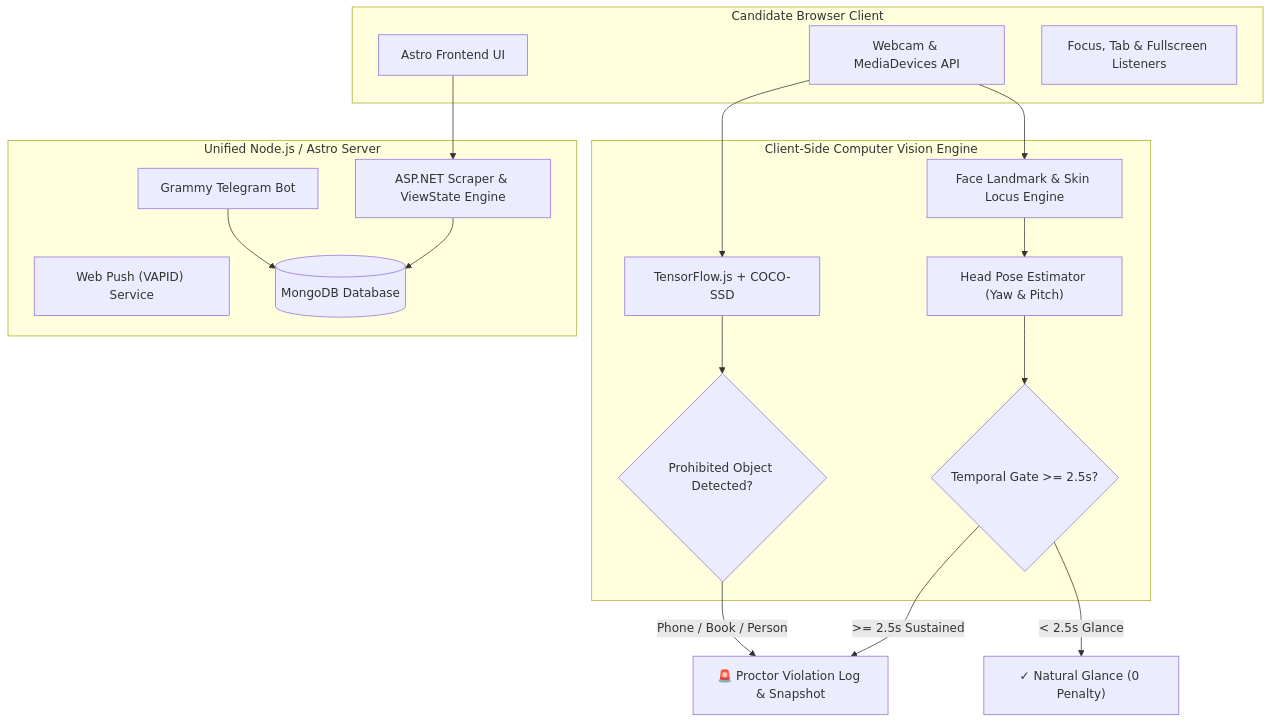
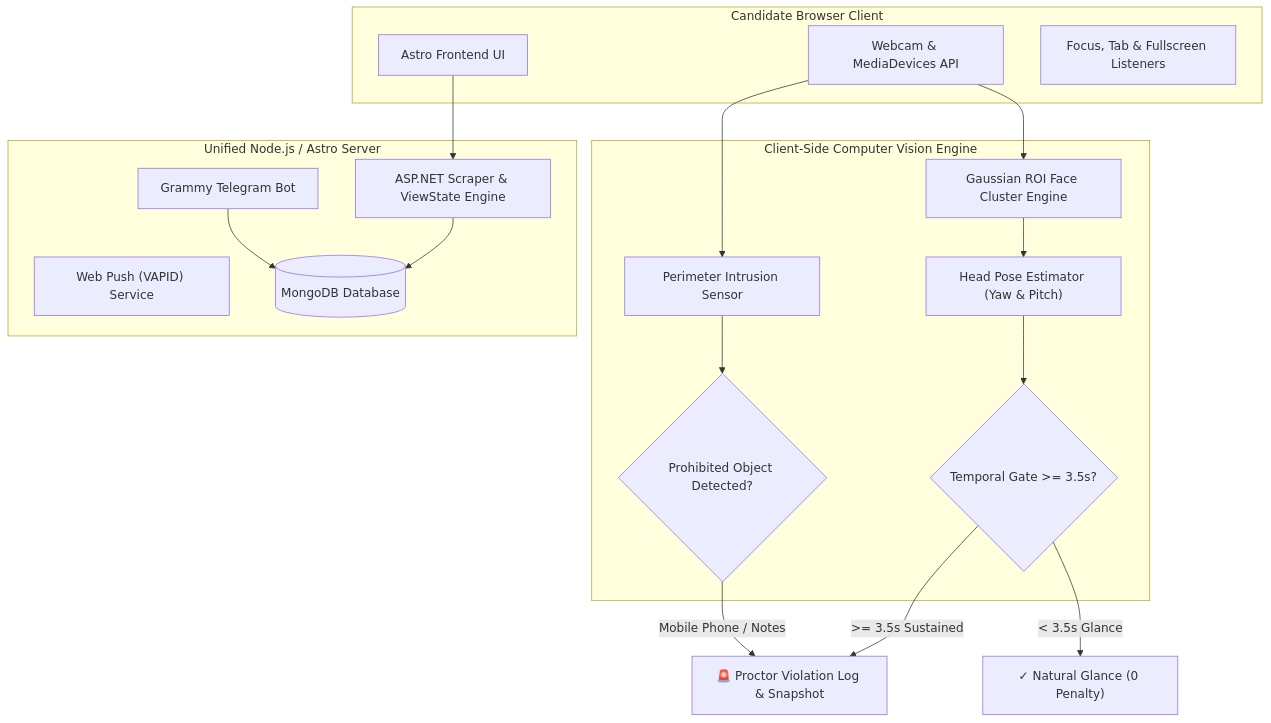
One commit to civdix/aktu-result changed the diagram in README.md. Above: the diagram before and after it, drawn with Mermaid. The commit also changed other lines of this file and 1 other file, not shown here.

Commit message:
fix: eliminate false proctoring violations via Gaussian ROI clustering, multi-frame calibration & 3.5s hysteresis

````diff
--- a/README.md
+++ b/README.md
@@ -71,36 +71,36 @@
 ```mermaid
 flowchart TD
     subgraph Client["Candidate Browser Client"]
         UI["Astro Frontend UI"]
         Cam["Webcam & MediaDevices API"]
         Sensors["Focus, Tab & Fullscreen Listeners"]
     end
 
     subgraph CV["Client-Side Computer Vision Engine"]
-        Face["Face Landmark & Skin Locus Engine"]
-        TF["TensorFlow.js + COCO-SSD"]
+        Face["Gaussian ROI Face Cluster Engine"]
+        Perimeter["Perimeter Intrusion Sensor"]
         VFOA["Head Pose Estimator (Yaw & Pitch)"]
-        Hysteresis{"Temporal Gate >= 2.5s?"}
+        Hysteresis{"Temporal Gate >= 3.5s?"}
         ObjCheck{"Prohibited Object Detected?"}
     end
 
     subgraph Server["Unified Node.js / Astro Server"]
         Scraper["ASP.NET Scraper & ViewState Engine"]
         Bot["Grammy Telegram Bot"]
         Push["Web Push (VAPID) Service"]
         DB[(MongoDB Database)]
     end
 
     Cam --> Face
-    Cam --> TF
+    Cam --> Perimeter
     Face --> VFOA --> Hysteresis
-    TF --> ObjCheck
+    Perimeter --> ObjCheck
 
-    Hysteresis -- ">= 2.5s Sustained" --> AuditLog["🚨 Proctor Violation Log & Snapshot"]
-    Hysteresis -- "< 2.5s Glance" --> Safe["✓ Natural Glance (0 Penalty)"]
-    ObjCheck -- "Phone / Book / Person" --> AuditLog
+    Hysteresis -- ">= 3.5s Sustained" --> AuditLog["🚨 Proctor Violation Log & Snapshot"]
+    Hysteresis -- "< 3.5s Glance" --> Safe["✓ Natural Glance (0 Penalty)"]
+    ObjCheck -- "Mobile Phone / Notes" --> AuditLog
 
     UI --> Scraper
     Scraper --> DB
     Bot --> DB
 ```
````
